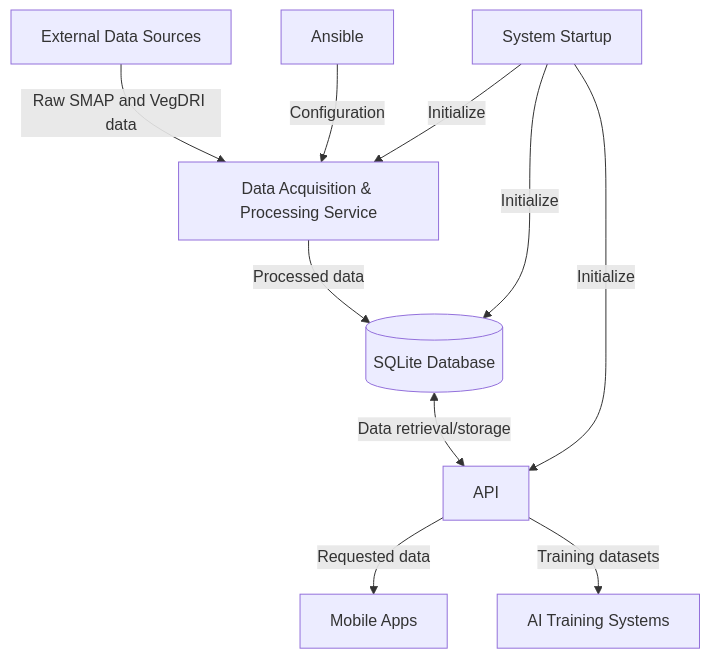
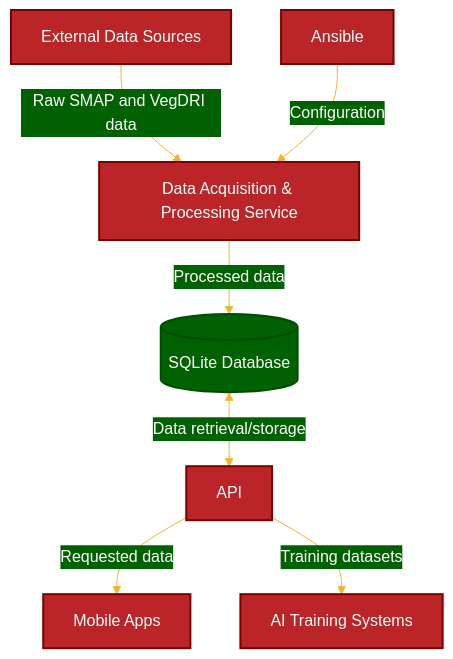
The diagram in README.md (tmart234/openFlowServer), drawn with Mermaid before and after one commit.

````diff
--- a/README.md
+++ b/README.md
@@ -4,12 +4,14 @@
 ```mermaid
+%%{init: {'theme': 'base', 'themeVariables': { 'primaryColor': '#BB2528', 'primaryTextColor': '#fff', 'primaryBorderColor': '#7C0000', 'lineColor': '#F8B229', 'secondaryColor': '#006100', 'tertiaryColor': '#fff'}}}%%
 graph TD
     A[External Data Sources] -->|Raw SMAP and VegDRI data| B[Data Acquisition & Processing Service]
     B -->|Processed data| C[(SQLite Database)]
     C <-->|Data retrieval/storage| D[API]
     D -->|Requested data| E[Mobile Apps]
     D -->|Training datasets| F[AI Training Systems]
     G[Ansible] -->|Configuration| B
-    H[System Startup] -->|Initialize| B
-    H -->|Initialize| C
-    H -->|Initialize| D
+
+    classDef default fill:#BB2528,stroke:#7C0000,stroke-width:2px,color:#fff;
+    classDef db fill:#006100,stroke:#004d00,stroke-width:2px,color:#fff;
+    class C db;
 ```
````
